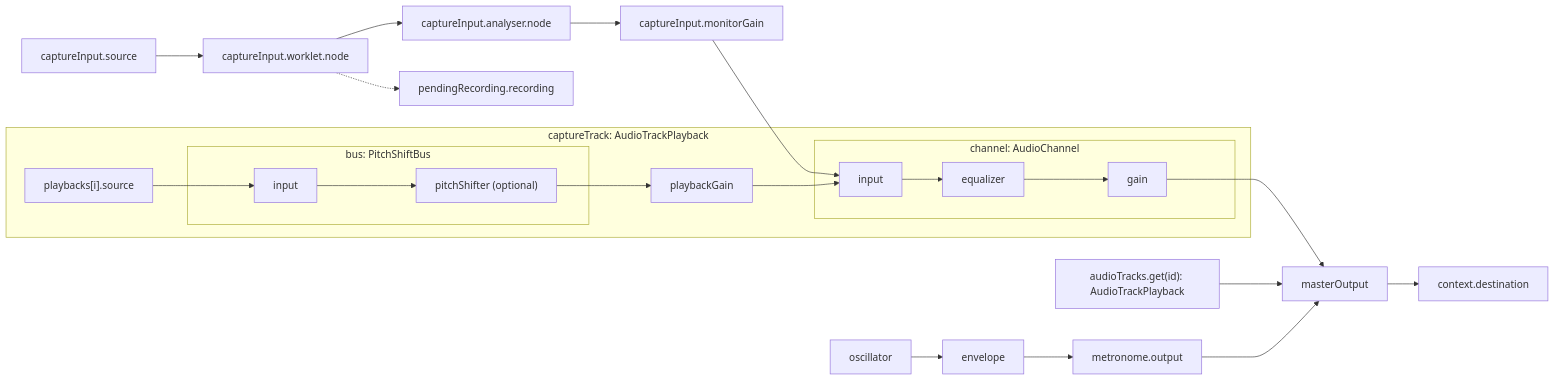
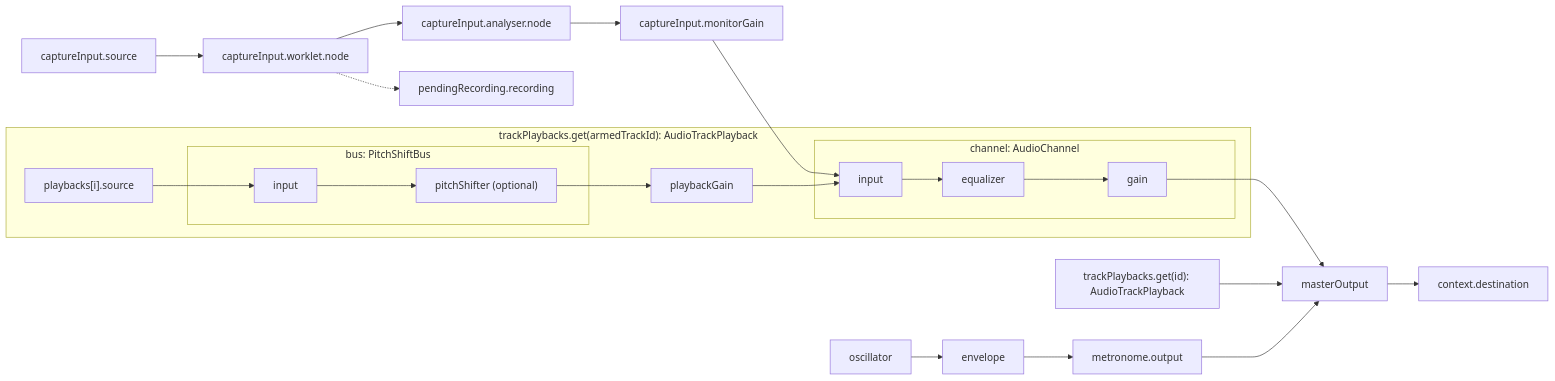
Before and after one commit to hi-ogawa/toy-midi: the diagram in src/lib/recorder/README.md, drawn with Mermaid. The commit also changed other lines of this file and 16 other files, not shown here.

Commit message:
refactor: unify recorder track ownership and capture routing

````diff
--- a/src/lib/recorder/README.md
+++ b/src/lib/recorder/README.md
@@ -5,28 +5,28 @@
 ```mermaid
 flowchart LR
     captureSource["captureInput.source"] --> captureWorklet["captureInput.worklet.node"]
     captureWorklet -.-> recording["pendingRecording.recording"]
     captureWorklet --> analyser["captureInput.analyser.node"]
     analyser --> monitorGain["captureInput.monitorGain"]
     monitorGain --> captureInput
 
-    subgraph captureTrack["captureTrack: AudioTrackPlayback"]
+    subgraph captureTrack["trackPlaybacks.get(armedTrackId): AudioTrackPlayback"]
         takeSource["playbacks[i].source"] --> takeBusInput
         subgraph takePitchShiftBus["bus: PitchShiftBus"]
             takeBusInput["input"] --> takePitchShifter["pitchShifter (optional)"]
         end
         takePitchShifter --> takePlaybackGain["playbackGain"]
         takePlaybackGain --> captureInput
         subgraph captureChannel["channel: AudioChannel"]
             captureInput["input"] --> captureEqualizer["equalizer"]
             captureEqualizer --> captureGain["gain"]
         end
     end
 
     captureGain --> masterOutput["masterOutput"]
-    audioTrack["audioTracks.get(id): AudioTrackPlayback"] --> masterOutput
+    audioTrack["trackPlaybacks.get(id): AudioTrackPlayback"] --> masterOutput
     oscillator["oscillator"] --> envelope["envelope"]
     envelope --> metronomeOutput["metronome.output"]
     metronomeOutput --> masterOutput
     masterOutput --> destination["context.destination"]
 ```
````
